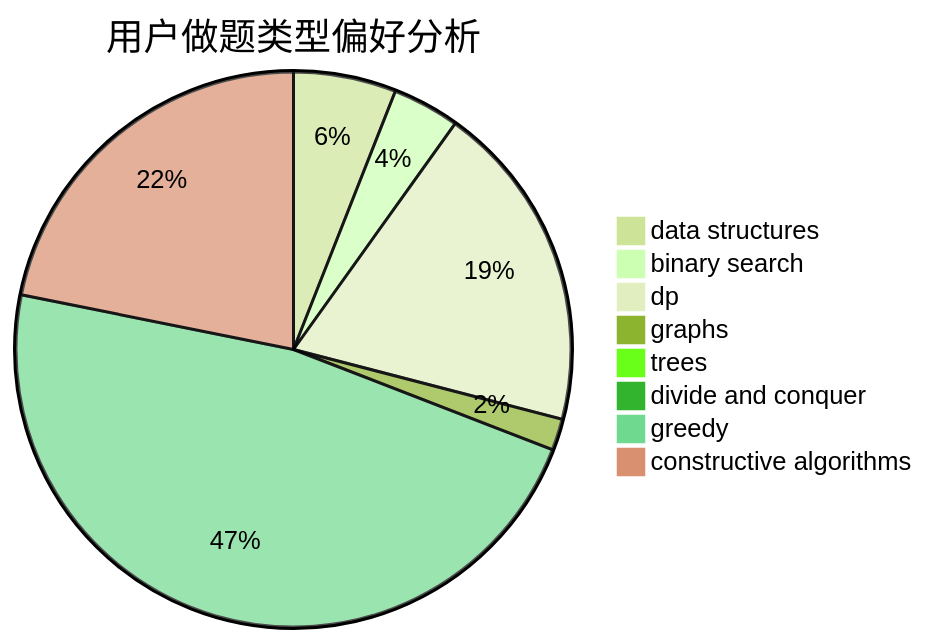
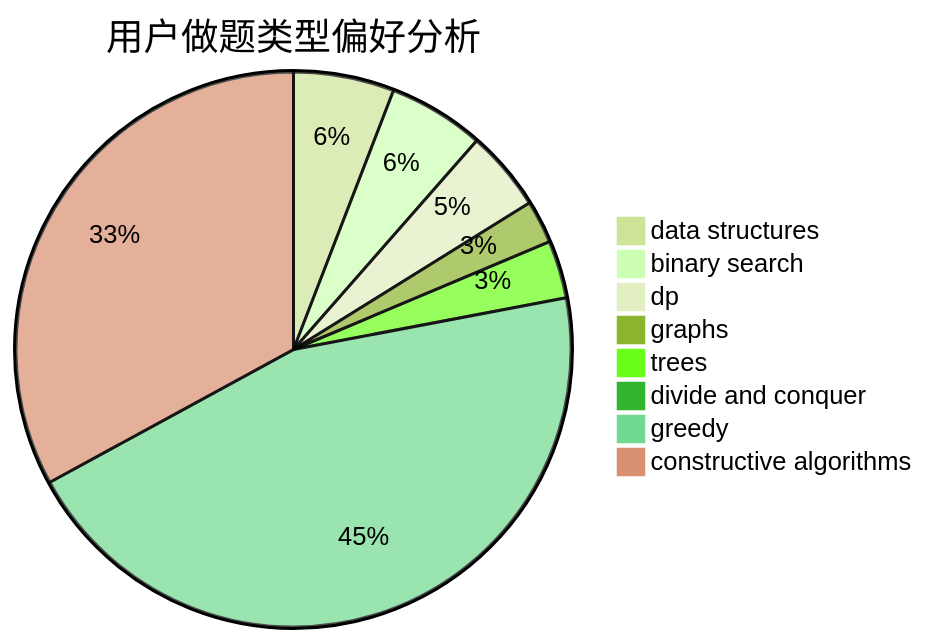
The second of 3 diagrams in docs/user/u1981.md (sherpahu/cfrs.github.io), drawn with Mermaid (forest theme) before and after one commit. The commit also changed other lines of this file and 2770 other files, not shown here.

````diff
--- a/docs/user/u1981.md
+++ b/docs/user/u1981.md
@@ -23,11 +23,11 @@
 ```mermaid
 pie title 用户做题类型偏好分析
-    "data structures" :  78
-    "binary search" :  51
-    "dp" :  250
-    "graphs" :  24
-    "trees" :  7
-    "divide and conquer" :  1
-    "greedy" :  617
-    "constructive algorithms" :  285
+    "data structures" :  110
+    "binary search" :  105
+    "dp" :  88
+    "graphs" :  47
+    "trees" :  63
+    "divide and conquer" :  0
+    "greedy" :  845
+    "constructive algorithms" :  618
 ```
````
